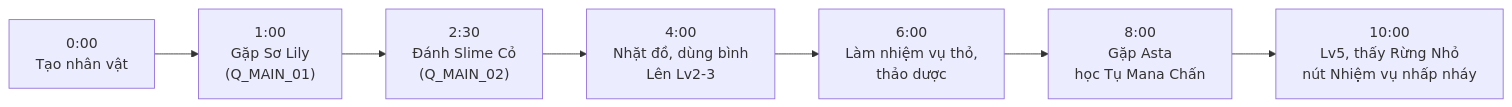
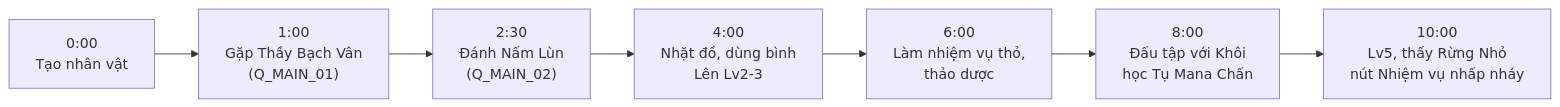
The second of 13 diagrams in docs/workflows/player-journey.md (thehuygnouhk/game-2d), drawn with Mermaid before and after one commit. The commit also changed other lines of this file and 35 other files, not shown here.

````diff
--- a/docs/workflows/player-journey.md
+++ b/docs/workflows/player-journey.md
@@ -40,9 +40,9 @@
 ```mermaid
 flowchart LR
-    T0["0:00<br/>Tạo nhân vật"] --> T1["1:00<br/>Gặp Sơ Lily<br/>(Q_MAIN_01)"]
-    T1 --> T2["2:30<br/>Đánh Slime Cỏ<br/>(Q_MAIN_02)"]
+    T0["0:00<br/>Tạo nhân vật"] --> T1["1:00<br/>Gặp Thầy Bạch Vân<br/>(Q_MAIN_01)"]
+    T1 --> T2["2:30<br/>Đánh Nấm Lùn<br/>(Q_MAIN_02)"]
     T2 --> T3["4:00<br/>Nhặt đồ, dùng bình<br/>Lên Lv2-3"]
     T3 --> T4["6:00<br/>Làm nhiệm vụ thỏ,<br/>thảo dược"]
-    T4 --> T5["8:00<br/>Gặp Asta<br/>học Tụ Mana Chấn"]
+    T4 --> T5["8:00<br/>Đấu tập với Khôi<br/>học Tụ Mana Chấn"]
     T5 --> T6["10:00<br/>Lv5, thấy Rừng Nhỏ<br/>nút Nhiệm vụ nhấp nháy"]
 ```
````
